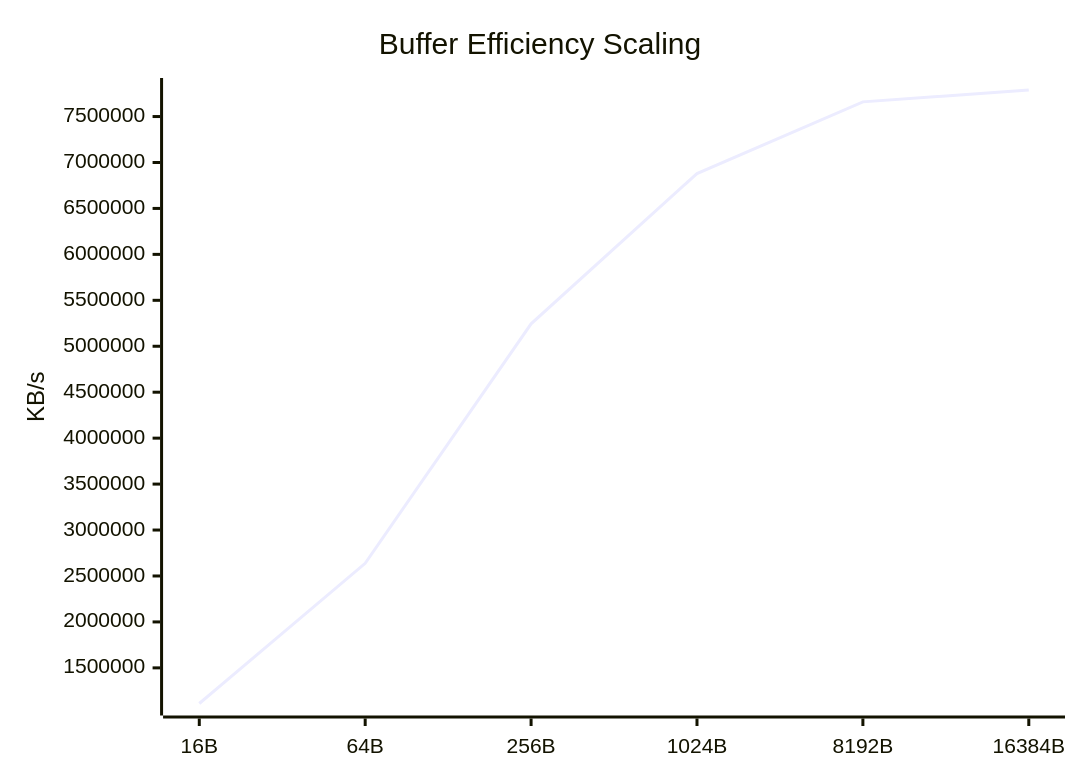
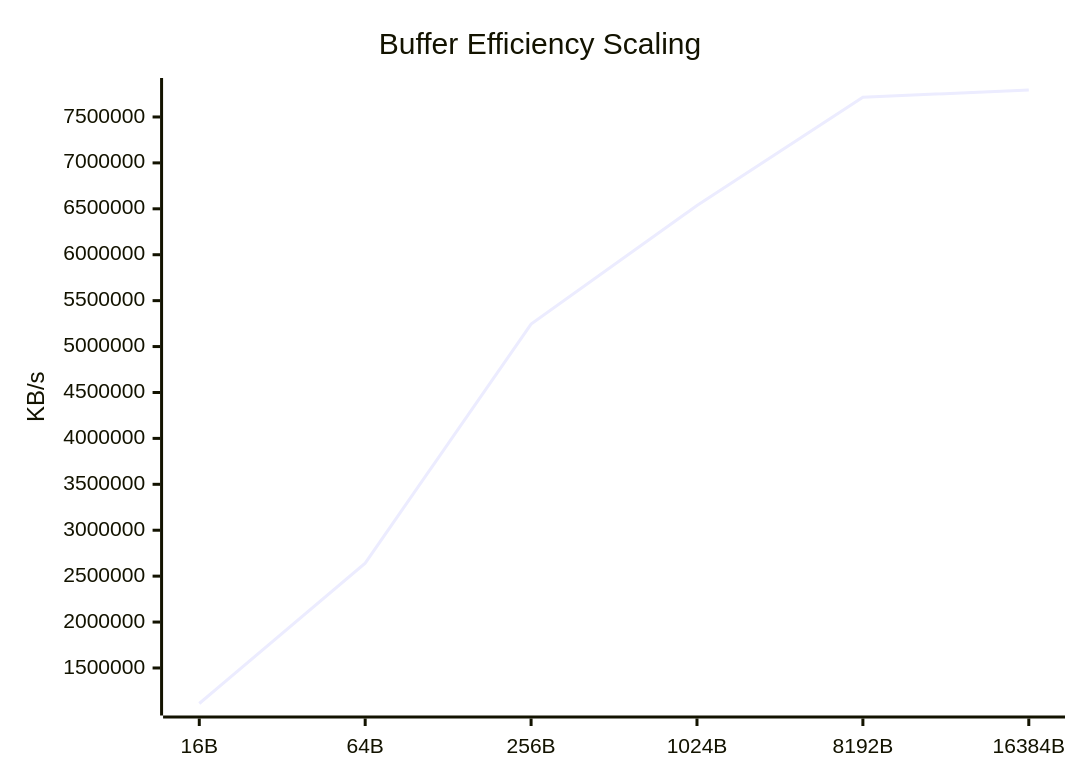
The eighth of 9 diagrams in docs/Comparison_Report.md (taha2samy/openssl_fips), drawn with Mermaid before and after one commit. The commit also changed other lines of this file and 2 other files, not shown here.

````diff
--- a/docs/Comparison_Report.md
+++ b/docs/Comparison_Report.md
@@ -118,7 +118,7 @@
 ```mermaid
 xychart-beta
     title "Buffer Efficiency Scaling"
     x-axis [16B, 64B, 256B, 1024B, 8192B, 16384B]
     y-axis "KB/s"
-    line [1112237.29, 2637532.03, 5243752.45, 6879751.68, 7659798.53, 7788822.53]
+    line [1113179.94, 2641726.34, 5244421.25, 6536078.34, 7715008.51, 7793704.96]
 ```
````
